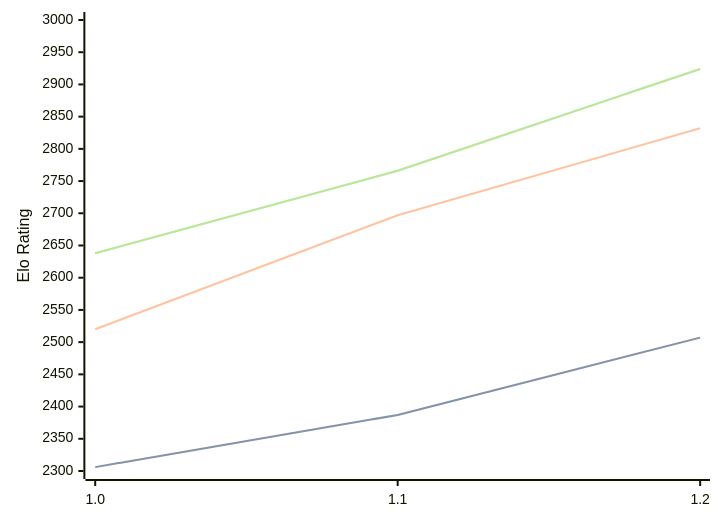
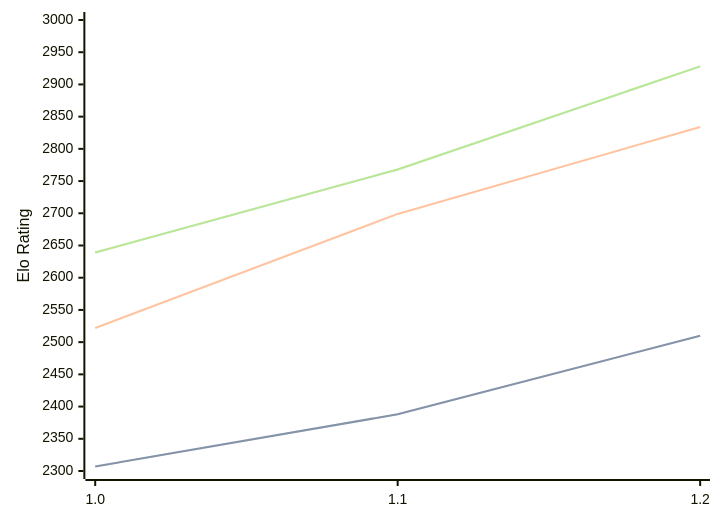
Before and after one commit to computer-chess-index/cci: the diagram in engines/FoxChess.md, drawn with Mermaid. The commit also changed other lines of this file, not shown here.

Commit message:
Update CCI Ratings (ELO VLTC) - 2026-08-09

````diff
--- a/engines/FoxChess.md
+++ b/engines/FoxChess.md
@@ -33,11 +33,11 @@
 ```mermaid
 %%{init: {"theme":"base","themeVariables":{"seriesColors:['#a3a3a3','#222221','#faa371']}}}%%
 xychart-beta
   x-axis ["1.0", "1.1", "1.2"]
   y-axis "Elo Rating" 2300 --> 3000
-  line "STC (8.0+0.08s)" [2306, 2387, 2507]
-  line "STC (8.0+0.08s)" [2306, 2387, 2507]
-  line "LTC (60.0+0.60s)" [2520, 2697, 2832]
-  line "VLTC (2m24s+1.12s)" [2638, 2766, 2924]
-  line "VLTC (2m24s+1.12s)" [2638, 2766, 2924]
+  line "STC (8.0+0.08s)" [2307, 2388, 2510]
+  line "STC (8.0+0.08s)" [2307, 2388, 2510]
+  line "LTC (60.0+0.60s)" [2522, 2699, 2834]
+  line "VLTC (2m24s+1.12s)" [2639, 2768, 2928]
+  line "VLTC (2m24s+1.12s)" [2639, 2768, 2928]
 ```
````
